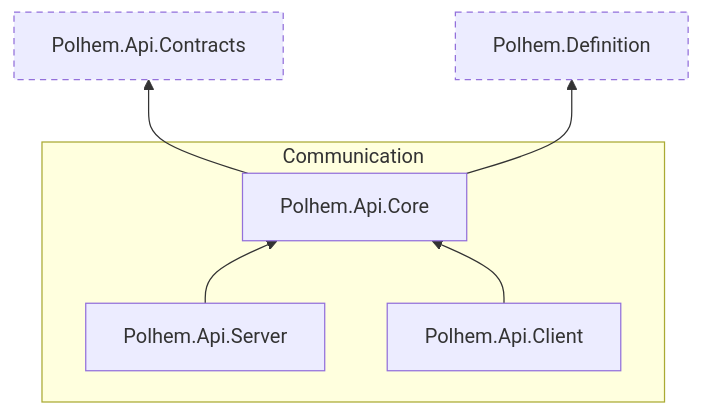
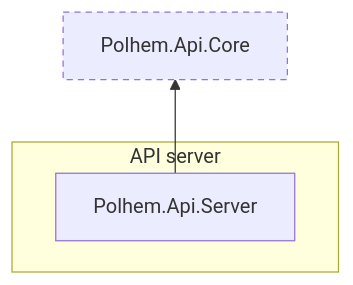
The fifth of 10 diagrams in docs/en/architecture/dependency-map.md (polhem-dev/polhem), drawn with Mermaid before and after one commit. The commit also changed other lines of this file and 1 other file, not shown here.

First line of the commit message:
Group the dependency map's areas into shared, server side and client side (#309)

````diff
--- a/docs/en/architecture/dependency-map.md
+++ b/docs/en/architecture/dependency-map.md
@@ -102,17 +140,11 @@
 ```mermaid
 graph BT
-  subgraph Wire ["Communication"]
-    Core["Polhem.Api.Core"]
+  subgraph ApiServer ["API server"]
     Server["Polhem.Api.Server"]
-    Client["Polhem.Api.Client"]
   end
-  Definition["Polhem.Definition"]:::other
-  Contracts["Polhem.Api.Contracts"]:::other
+  Core["Polhem.Api.Core"]:::other
 
-  Core --> Contracts
-  Core --> Definition
   Server --> Core
-  Client --> Core
 
   classDef other stroke-dasharray: 5 4
 ```
````
